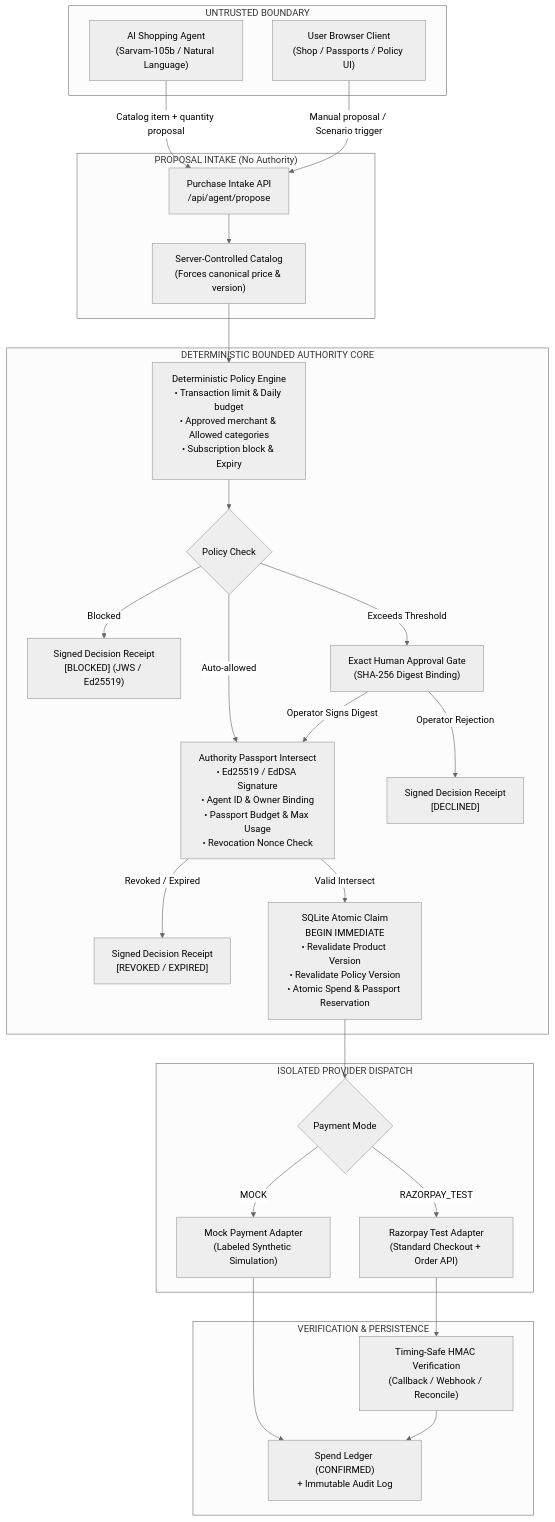
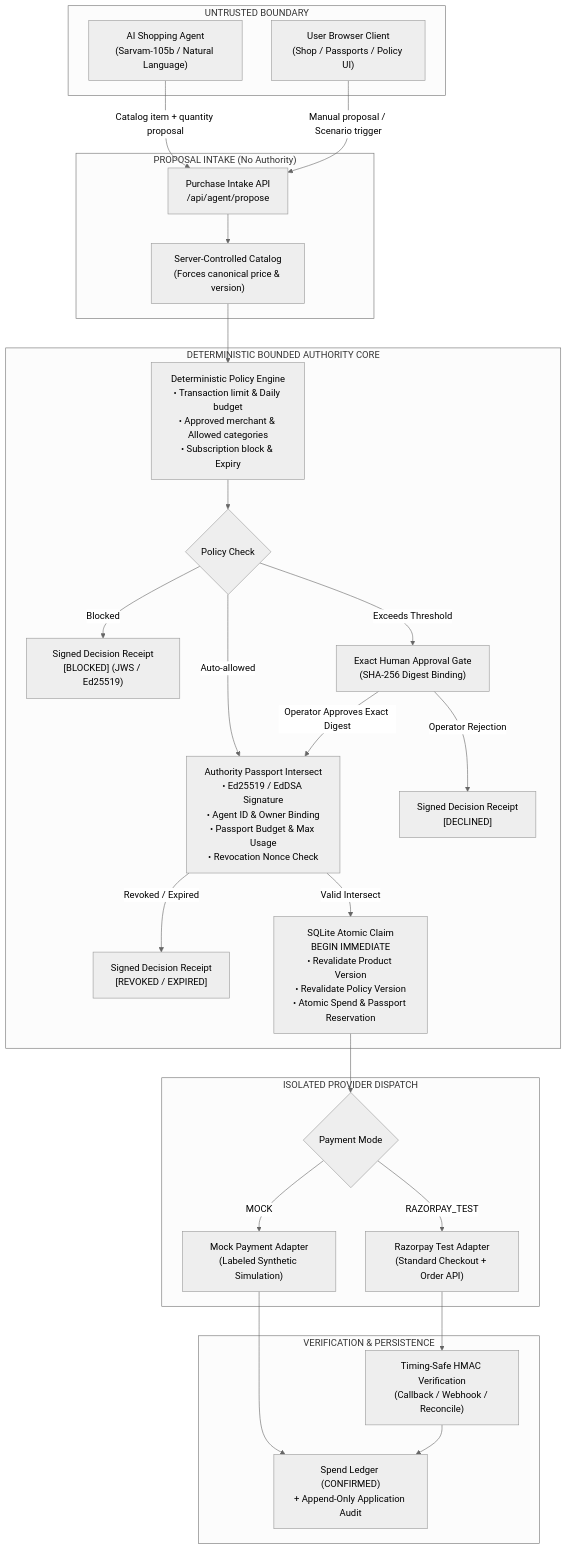
One commit to Madhumasa84/BoundPay changed the diagram in README.md. Above: the diagram before and after it, drawn with Mermaid (neutral theme). The commit also changed other lines of this file and 956 other files, not shown here.

````diff
--- a/README.md
+++ b/README.md
@@ -9,40 +20,40 @@
 ```mermaid
 flowchart TD
     subgraph Untrusted["UNTRUSTED BOUNDARY"]
         Agent["AI Shopping Agent<br/>(Sarvam-105b / Natural Language)"]
         Browser["User Browser Client<br/>(Shop / Passports / Policy UI)"]
     end
 
     subgraph Proposal["PROPOSAL INTAKE (No Authority)"]
         Agent -->|Catalog item + quantity proposal| Intake["Purchase Intake API<br/>/api/agent/propose"]
         Browser -->|Manual proposal / Scenario trigger| Intake
         Intake --> CatalogLookup["Server-Controlled Catalog<br/>(Forces canonical price & version)"]
     end
 
     subgraph DeterministicCore["DETERMINISTIC BOUNDED AUTHORITY CORE"]
         CatalogLookup --> PolicyGate["Deterministic Policy Engine<br/>• Transaction limit & Daily budget<br/>• Approved merchant & Allowed categories<br/>• Subscription block & Expiry"]
         PolicyGate --> DecisionCheck{"Policy Check"}
         
         DecisionCheck -->|Blocked| BlockedReceipt["Signed Decision Receipt<br/>[BLOCKED] (JWS / Ed25519)"]
         DecisionCheck -->|Exceeds Threshold| ApprovalGate["Exact Human Approval Gate<br/>(SHA-256 Digest Binding)"]
         DecisionCheck -->|Auto-allowed| PassportGate
         
         ApprovalGate -->|Operator Rejection| RejectedReceipt["Signed Decision Receipt<br/>[DECLINED]"]
-        ApprovalGate -->|Operator Signs Digest| PassportGate["Authority Passport Intersect<br/>• Ed25519 / EdDSA Signature<br/>• Agent ID & Owner Binding<br/>• Passport Budget & Max Usage<br/>• Revocation Nonce Check"]
+        ApprovalGate -->|Operator Approves Exact Digest| PassportGate["Authority Passport Intersect<br/>• Ed25519 / EdDSA Signature<br/>• Agent ID & Owner Binding<br/>• Passport Budget & Max Usage<br/>• Revocation Nonce Check"]
         
         PassportGate -->|Revoked / Expired| PassportBlocked["Signed Decision Receipt<br/>[REVOKED / EXPIRED]"]
         PassportGate -->|Valid Intersect| ExecClaim["SQLite Atomic Claim<br/>BEGIN IMMEDIATE<br/>• Revalidate Product Version<br/>• Revalidate Policy Version<br/>• Atomic Spend & Passport Reservation"]
     end
 
     subgraph ProviderBoundary["ISOLATED PROVIDER DISPATCH"]
         ExecClaim --> ProviderRouter{"Payment Mode"}
         ProviderRouter -->|MOCK| MockProvider["Mock Payment Adapter<br/>(Labeled Synthetic Simulation)"]
         ProviderRouter -->|RAZORPAY_TEST| RazorpayProvider["Razorpay Test Adapter<br/>(Standard Checkout + Order API)"]
     end
 
     subgraph Settlement["VERIFICATION & PERSISTENCE"]
-        MockProvider --> Ledger["Spend Ledger (CONFIRMED)<br/>+ Immutable Audit Log"]
+        MockProvider --> Ledger["Spend Ledger (CONFIRMED)<br/>+ Append-Only Application Audit"]
         RazorpayProvider --> WebhookVerify["Timing-Safe HMAC Verification<br/>(Callback / Webhook / Reconcile)"]
         WebhookVerify --> Ledger
     end
 ```
````
